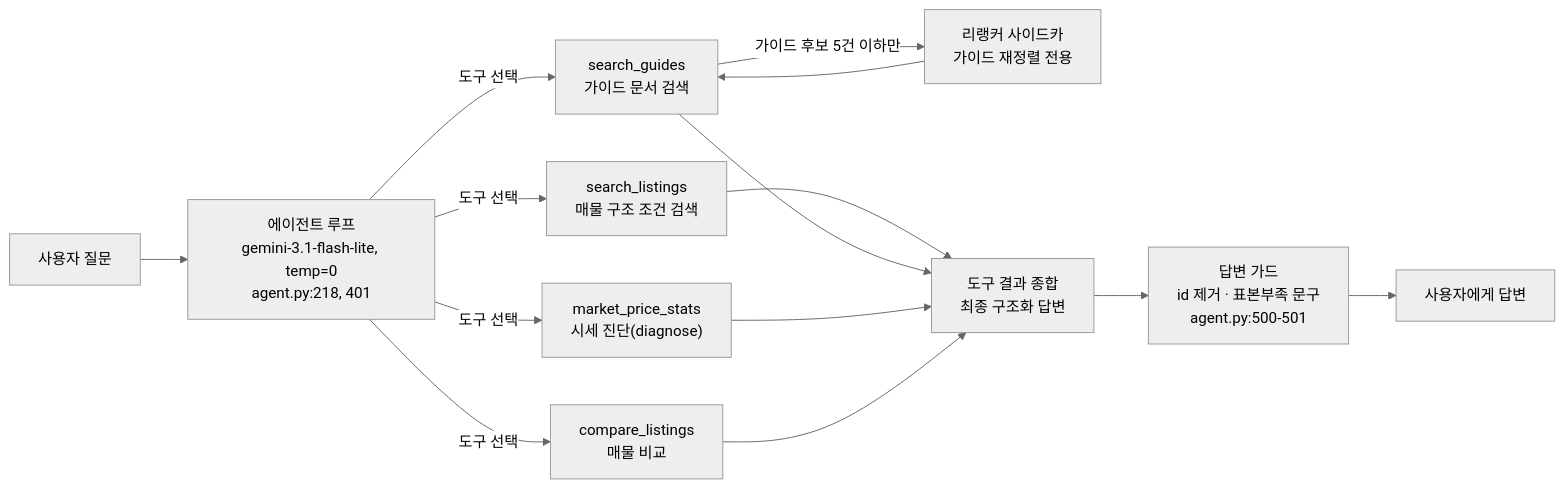
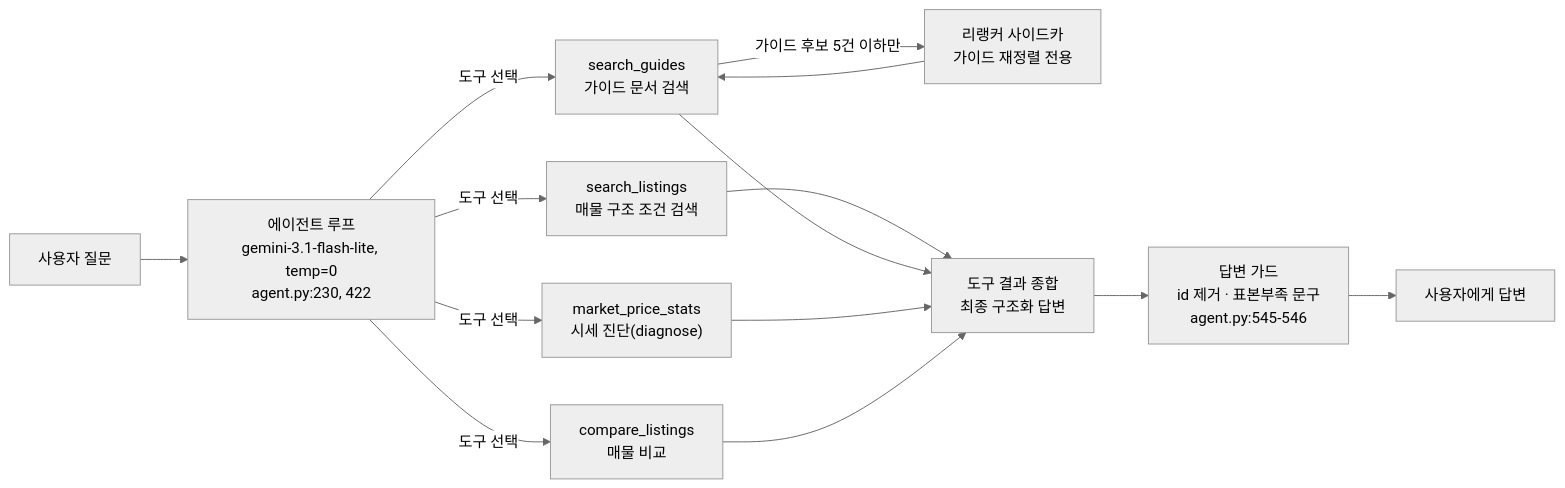
The diagram in docs/ai-advanced/05-pipeline-explained.md (wonho1111/bmad-encar-demo), drawn with Mermaid (neutral theme) before and after one commit. The commit also changed other lines of this file, not shown here.

````diff
--- a/docs/ai-advanced/05-pipeline-explained.md
+++ b/docs/ai-advanced/05-pipeline-explained.md
@@ -46,16 +46,16 @@
 ```mermaid
 flowchart LR
-    U["사용자 질문"] --> LOOP["에이전트 루프<br/>gemini-3.1-flash-lite, temp=0<br/>agent.py:218, 401"]
+    U["사용자 질문"] --> LOOP["에이전트 루프<br/>gemini-3.1-flash-lite, temp=0<br/>agent.py:230, 422"]
     LOOP -->|도구 선택| SL["search_listings<br/>매물 구조 조건 검색"]
     LOOP -->|도구 선택| SG["search_guides<br/>가이드 문서 검색"]
     LOOP -->|도구 선택| MP["market_price_stats<br/>시세 진단(diagnose)"]
     LOOP -->|도구 선택| CL["compare_listings<br/>매물 비교"]
     SG -->|가이드 후보 5건 이하만| RR["리랭커 사이드카<br/>가이드 재정렬 전용"]
     RR --> SG
     SL --> FIN["도구 결과 종합<br/>최종 구조화 답변"]
     SG --> FIN
     MP --> FIN
     CL --> FIN
-    FIN --> GD["답변 가드<br/>id 제거 · 표본부족 문구<br/>agent.py:500-501"]
+    FIN --> GD["답변 가드<br/>id 제거 · 표본부족 문구<br/>agent.py:545-546"]
     GD --> R["사용자에게 답변"]
 ```
````
